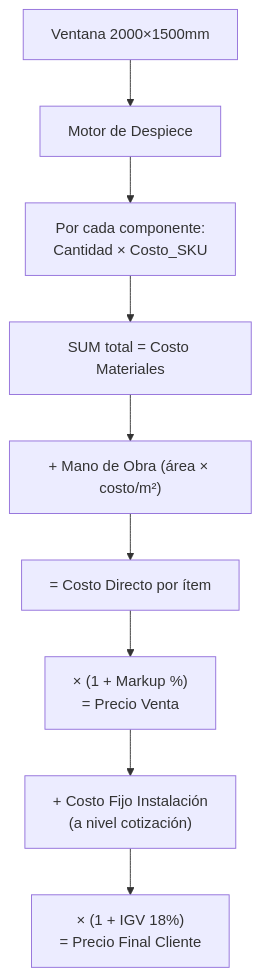
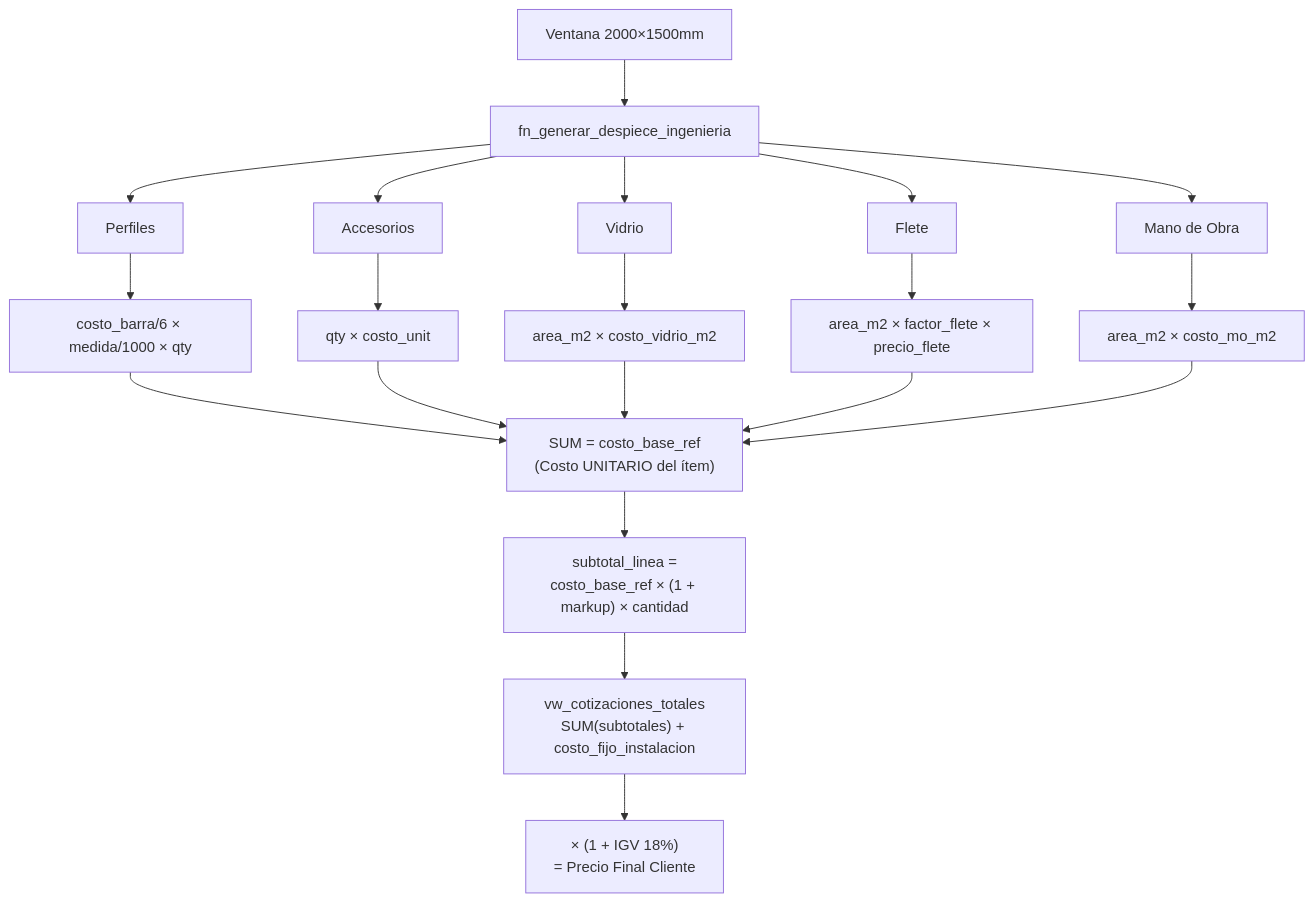
Before and after one commit to redentor159/sistema-erp-inventario: the fourth of 4 diagrams in docs/08_ARQUITECTURA_RECETAS.md, drawn with Mermaid. The commit also changed other lines of this file, not shown here.

Commit message:
docs: reescribir doc 08 contra schema real - formulas, secciones, opciones, vistas audit

````diff
--- a/docs/08_ARQUITECTURA_RECETAS.md
+++ b/docs/08_ARQUITECTURA_RECETAS.md
@@ -268,11 +359,26 @@
 ```mermaid
 flowchart TD
-    A["Ventana 2000×1500mm"] --> B["Motor de Despiece"]
-    B --> C["Por cada componente:<br/>Cantidad × Costo_SKU"]
-    C --> D["SUM total = Costo Materiales"]
-    D --> E["+ Mano de Obra (área × costo/m²)"]
-    E --> F["= Costo Directo por ítem"]
-    F --> G["× (1 + Markup %)<br/>= Precio Venta"]
-    G --> H["+ Costo Fijo Instalación<br/>(a nivel cotización)"]
-    H --> I["× (1 + IGV 18%)<br/>= Precio Final Cliente"]
+    A["Ventana 2000×1500mm"] --> B["fn_generar_despiece_ingenieria"]
+
+    B --> C["Perfiles"]
+    B --> D["Accesorios"]
+    B --> E["Vidrio"]
+    B --> F["Flete"]
+    B --> G["Mano de Obra"]
+
+    C --> C1["costo_barra/6 × medida/1000 × qty"]
+    D --> D1["qty × costo_unit"]
+    E --> E1["area_m2 × costo_vidrio_m2"]
+    F --> F1["area_m2 × factor_flete × precio_flete"]
+    G --> G1["area_m2 × costo_mo_m2"]
+
+    C1 --> H["SUM = costo_base_ref<br/>(Costo UNITARIO del ítem)"]
+    D1 --> H
+    E1 --> H
+    F1 --> H
+    G1 --> H
+
+    H --> I["subtotal_linea =<br/>costo_base_ref × (1 + markup) × cantidad"]
+    I --> J["vw_cotizaciones_totales<br/>SUM(subtotales) + costo_fijo_instalacion"]
+    J --> K["× (1 + IGV 18%)<br/>= Precio Final Cliente"]
 ```
````
